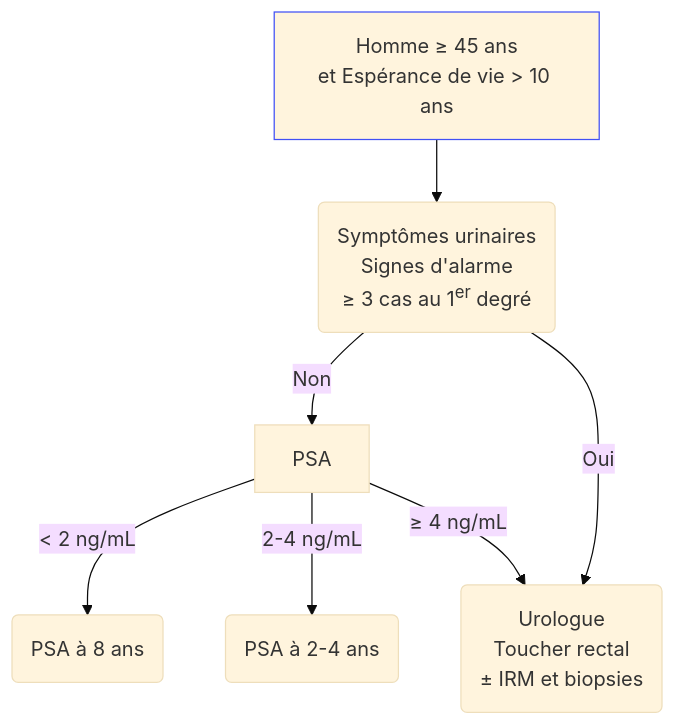
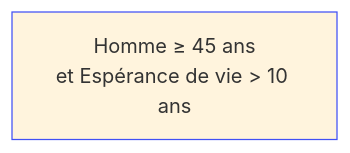
One commit to djibe/recommandations-medicales changed the diagram in content/recommandations/cancer-prostate.md. Above: the diagram before and after it, drawn with Mermaid (base theme). The commit also changed other lines of this file and 3 other files, not shown here.

```diff
--- a/content/recommandations/cancer-prostate.md
+++ b/content/recommandations/cancer-prostate.md
@@ -85,10 +169,5 @@
 {{< mermaid title="Dépistage du cancer de la prostate et conduite à tenir devant une augmentation du PSA. Dr JB Fron d'après EAU 2019" >}}
 graph TB
-  homme["Homme &ge; 45 ans<br>et Espérance de vie &gt; 10 ans"] --> symptomes("Symptômes urinaires<br>Signes d'alarme<br>&ge; 3 cas au 1<sup>er</sup> degré")
+  homme["Homme &ge; 45 ans<br>et Espérance de vie &gt; 10 ans"]
   style homme stroke:#4150f5, stroke-width:1px
-    symptomes -- Non --> PSA
-      PSA -- "&lt; 2 ng/mL" --> leger(PSA à 8 ans)
-      PSA -- 2-4 ng/mL --> modere(PSA à 2-4 ans)
-      PSA -- "&ge; 4 ng/mL" --> severe("Urologue<br>Toucher rectal<br>&plusmn; IRM et biopsies")
-    symptomes -- Oui --> severe
 {{< /mermaid >}}
```
